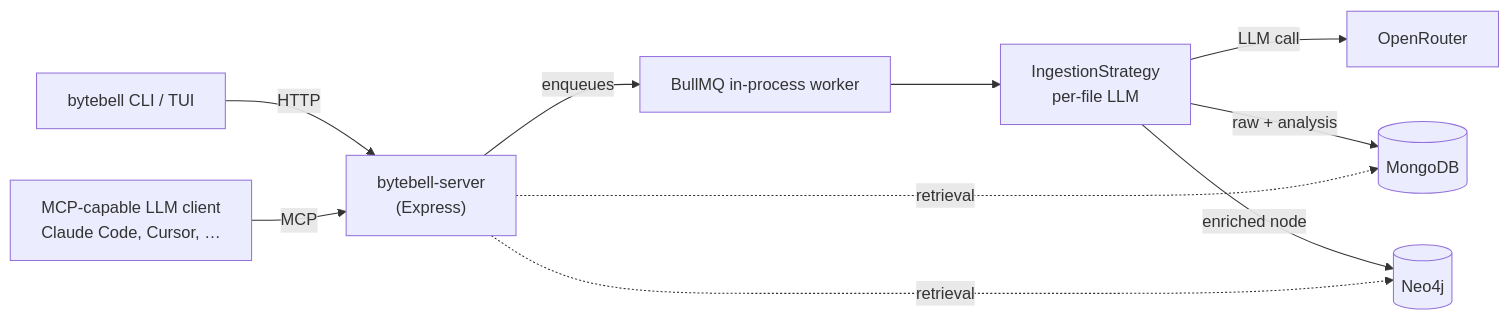
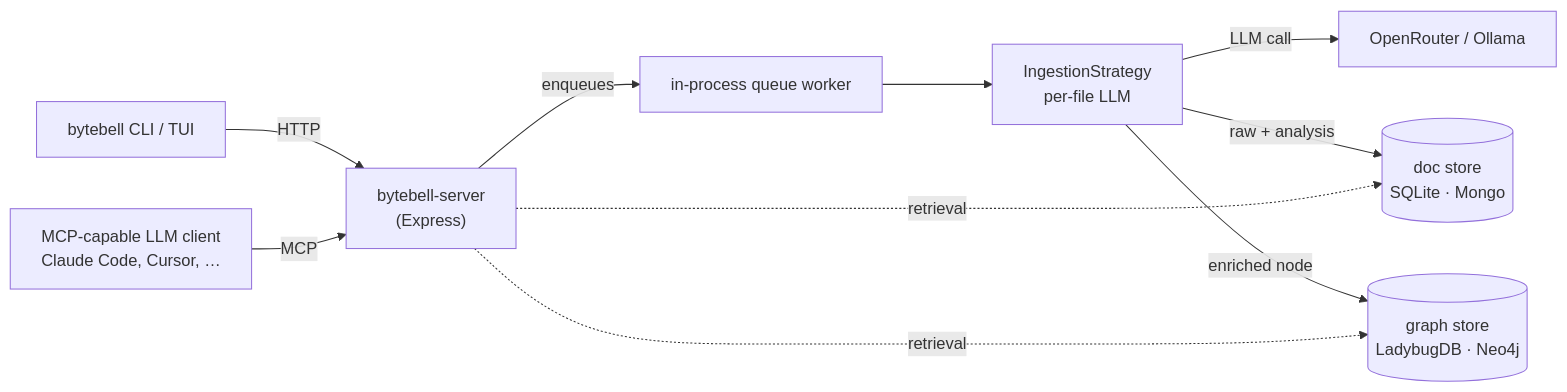
The first of 3 diagrams in README.md (ByteBell/openspecs-index), drawn with Mermaid before and after one commit. The commit also changed other lines of this file and 3 other files, not shown here.

````diff
--- a/README.md
+++ b/README.md
@@ -38,12 +36,12 @@
 ```mermaid
 flowchart LR
     CLI["bytebell CLI / TUI"] -- HTTP --> Server["bytebell-server<br/>(Express)"]
     Client["MCP-capable LLM client<br/>Claude Code, Cursor, …"] -- MCP --> Server
-    Server -- enqueues --> Q["BullMQ in-process worker"]
+    Server -- enqueues --> Q["in-process queue worker"]
     Q --> Strategy["IngestionStrategy<br/>per-file LLM"]
-    Strategy -- LLM call --> OR["OpenRouter"]
-    Strategy -- raw + analysis --> Mongo[("MongoDB")]
-    Strategy -- enriched node --> Neo[("Neo4j")]
-    Server -. retrieval .-> Mongo
-    Server -. retrieval .-> Neo
+    Strategy -- LLM call --> OR["OpenRouter / Ollama"]
+    Strategy -- raw + analysis --> Doc[("doc store<br/>SQLite · Mongo")]
+    Strategy -- enriched node --> Graph[("graph store<br/>LadybugDB · Neo4j")]
+    Server -. retrieval .-> Doc
+    Server -. retrieval .-> Graph
 ```
````
